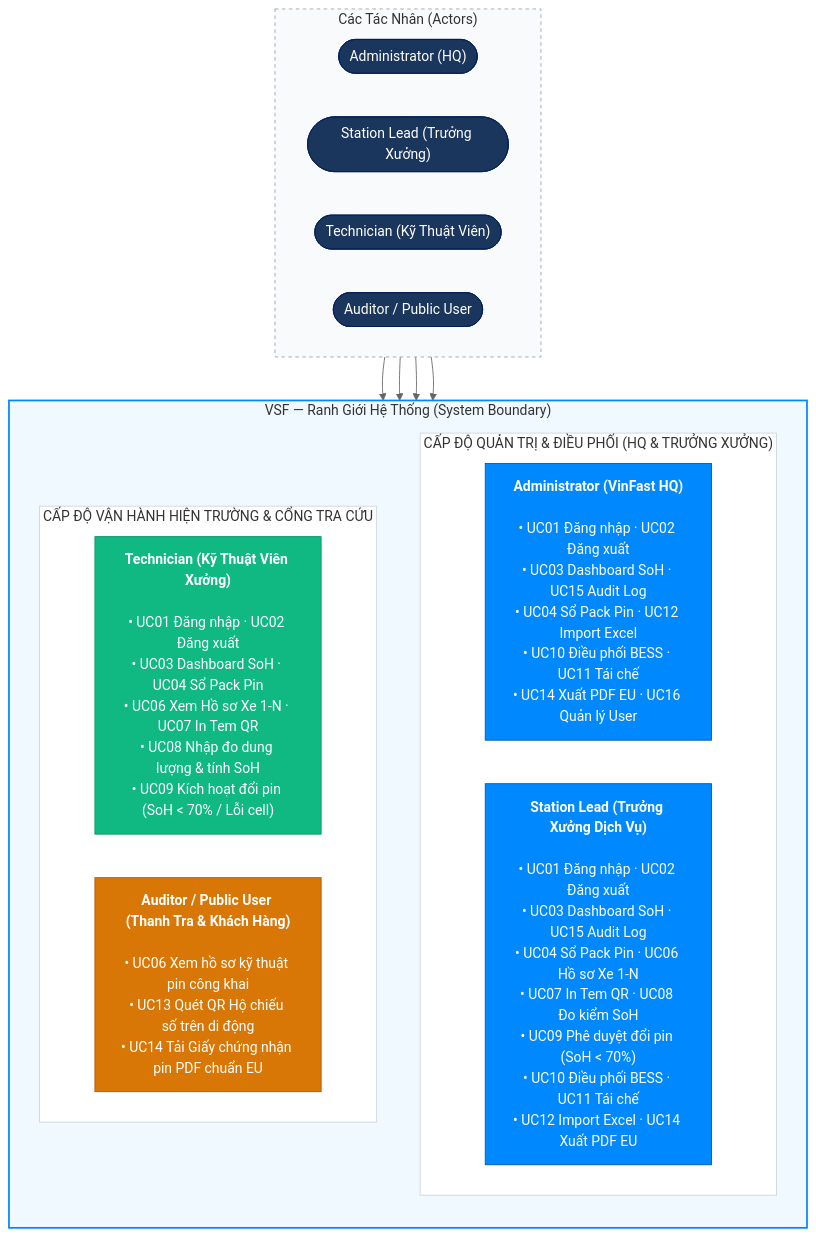
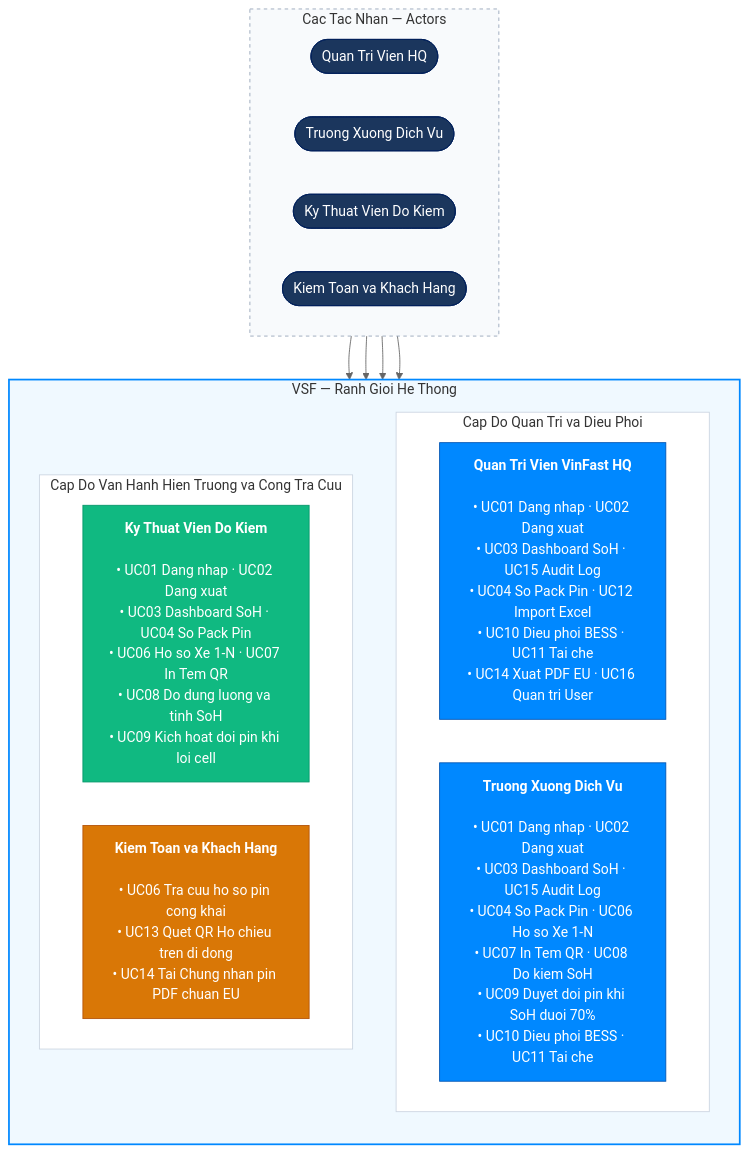
One commit to nhatgudboi/VinFast-Battery-Passport-Second-Life-Platform changed the first of 6 diagrams in README.md. Above: the diagram before and after it, drawn with Mermaid (neutral theme). The commit also changed 1 other file, not shown here.

Commit message:
fix(mermaid): remove parenthesis conflicts and set robust 2-tier layout

````diff
--- a/README.md
+++ b/README.md
@@ -59,42 +59,42 @@
 ```mermaid
 flowchart TB
-    subgraph roles["Các Tác Nhân (Actors)"]
+    subgraph roles["Cac Tac Nhan — Actors"]
         direction LR
-        admin(["Administrator (HQ)"])
-        lead(["Station Lead (Trưởng Xưởng)"])
-        tech(["Technician (Kỹ Thuật Viên)"])
-        viewer(["Auditor / Public User"])
+        admin(["Quan Tri Vien HQ"])
+        lead(["Truong Xuong Dich Vu"])
+        tech(["Ky Thuat Vien Do Kiem"])
+        viewer(["Kiem Toan va Khach Hang"])
     end
 
-    subgraph system["VSF — Ranh Giới Hệ Thống (System Boundary)"]
+    subgraph system["VSF — Ranh Gioi He Thong"]
         direction TB
-        subgraph mgmt["CẤP ĐỘ QUẢN TRỊ & ĐIỀU PHỐI (HQ & TRƯỞNG XƯỞNG)"]
+        subgraph row1["Cap Do Quan Tri va Dieu Phoi"]
             direction LR
-            adminCases["<b>Administrator (VinFast HQ)</b><br/><br/>• UC01 Đăng nhập · UC02 Đăng xuất<br/>• UC03 Dashboard SoH · UC15 Audit Log<br/>• UC04 Sổ Pack Pin · UC12 Import Excel<br/>• UC10 Điều phối BESS · UC11 Tái chế<br/>• UC14 Xuất PDF EU · UC16 Quản lý User"]
-            leadCases["<b>Station Lead (Trưởng Xưởng Dịch Vụ)</b><br/><br/>• UC01 Đăng nhập · UC02 Đăng xuất<br/>• UC03 Dashboard SoH · UC15 Audit Log<br/>• UC04 Sổ Pack Pin · UC06 Hồ sơ Xe 1-N<br/>• UC07 In Tem QR · UC08 Đo kiểm SoH<br/>• UC09 Phê duyệt đổi pin (SoH < 70%)<br/>• UC10 Điều phối BESS · UC11 Tái chế<br/>• UC12 Import Excel · UC14 Xuất PDF EU"]
+            adminBox["<b>Quan Tri Vien VinFast HQ</b><br/><br/>• UC01 Dang nhap · UC02 Dang xuat<br/>• UC03 Dashboard SoH · UC15 Audit Log<br/>• UC04 So Pack Pin · UC12 Import Excel<br/>• UC10 Dieu phoi BESS · UC11 Tai che<br/>• UC14 Xuat PDF EU · UC16 Quan tri User"]
+            leadBox["<b>Truong Xuong Dich Vu</b><br/><br/>• UC01 Dang nhap · UC02 Dang xuat<br/>• UC03 Dashboard SoH · UC15 Audit Log<br/>• UC04 So Pack Pin · UC06 Ho so Xe 1-N<br/>• UC07 In Tem QR · UC08 Do kiem SoH<br/>• UC09 Duyet doi pin khi SoH duoi 70%<br/>• UC10 Dieu phoi BESS · UC11 Tai che"]
         end
-        subgraph ops["CẤP ĐỘ VẬN HÀNH HIỆN TRƯỜNG & CỔNG TRA CỨU"]
+        subgraph row2["Cap Do Van Hanh Hien Truong va Cong Tra Cuu"]
             direction LR
-            techCases["<b>Technician (Kỹ Thuật Viên Xưởng)</b><br/><br/>• UC01 Đăng nhập · UC02 Đăng xuất<br/>• UC03 Dashboard SoH · UC04 Sổ Pack Pin<br/>• UC06 Xem Hồ sơ Xe 1-N · UC07 In Tem QR<br/>• UC08 Nhập đo dung lượng & tính SoH<br/>• UC09 Kích hoạt đổi pin (SoH < 70% / Lỗi cell)"]
-            viewerCases["<b>Auditor / Public User (Thanh Tra & Khách Hàng)</b><br/><br/>• UC06 Xem hồ sơ kỹ thuật pin công khai<br/>• UC13 Quét QR Hộ chiếu số trên di động<br/>• UC14 Tải Giấy chứng nhận pin PDF chuẩn EU"]
+            techBox["<b>Ky Thuat Vien Do Kiem</b><br/><br/>• UC01 Dang nhap · UC02 Dang xuat<br/>• UC03 Dashboard SoH · UC04 So Pack Pin<br/>• UC06 Ho so Xe 1-N · UC07 In Tem QR<br/>• UC08 Do dung luong va tinh SoH<br/>• UC09 Kich hoat doi pin khi loi cell"]
+            viewerBox["<b>Kiem Toan va Khach Hang</b><br/><br/>• UC06 Tra cuu ho so pin cong khai<br/>• UC13 Quet QR Ho chieu tren di dong<br/>• UC14 Tai Chung nhan pin PDF chuan EU"]
         end
     end
 
-    admin --> adminCases
-    lead --> leadCases
-    tech --> techCases
-    viewer --> viewerCases
+    admin --> adminBox
+    lead --> leadBox
+    tech --> techBox
+    viewer --> viewerBox
 
     classDef actor fill:#1b365d,color:#fff,stroke:#00205b
     classDef primary fill:#0088ff,color:#fff,stroke:#0055b3
     classDef standard fill:#10b981,color:#fff,stroke:#059669
     classDef publicStyle fill:#d97706,color:#fff,stroke:#b45309
     class admin,lead,tech,viewer actor
-    class adminCases,leadCases primary
-    class techCases standard
-    class viewerCases publicStyle
+    class adminBox,leadBox primary
+    class techBox standard
+    class viewerBox publicStyle
     style roles fill:#f8fafc,stroke:#94a3b8,stroke-dasharray: 4 4
     style system fill:#f0f9ff,stroke:#0088ff,stroke-width:2px
-    style mgmt fill:#ffffff,stroke:#cbd5e1,stroke-width:1px
-    style ops fill:#ffffff,stroke:#cbd5e1,stroke-width:1px
+    style row1 fill:#ffffff,stroke:#cbd5e1,stroke-width:1px
+    style row2 fill:#ffffff,stroke:#cbd5e1,stroke-width:1px
 ```
````
